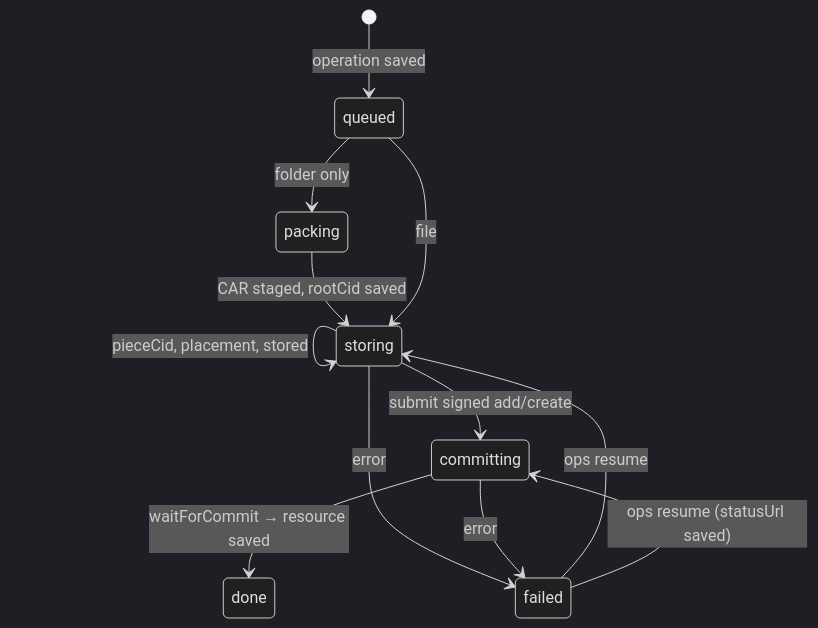
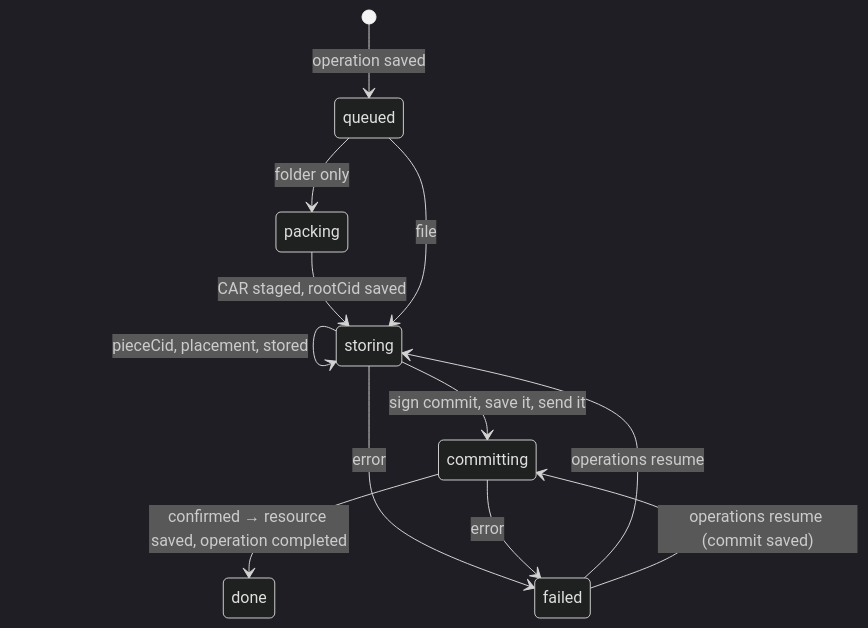
The third of 3 diagrams in docs/architecture.md (hugomrdias/fil), drawn with Mermaid (dark theme) before and after one commit. The commit also changed other lines of this file and 2 other files, not shown here.

````diff
--- a/docs/architecture.md
+++ b/docs/architecture.md
@@ -146,14 +162,14 @@
 ```mermaid
 stateDiagram-v2
   [*] --> queued: operation saved
   queued --> packing: folder only
   packing --> storing: CAR staged, rootCid saved
   queued --> storing: file
   storing --> storing: pieceCid, placement, stored
-  storing --> committing: submit signed add/create
-  committing --> done: waitForCommit → resource saved
+  storing --> committing: sign commit, save it, send it
+  committing --> done: confirmed → resource saved, operation completed
   storing --> failed: error
   committing --> failed: error
-  failed --> storing: ops resume
-  failed --> committing: ops resume (statusUrl saved)
+  failed --> storing: operations resume
+  failed --> committing: operations resume (commit saved)
 ```
````
